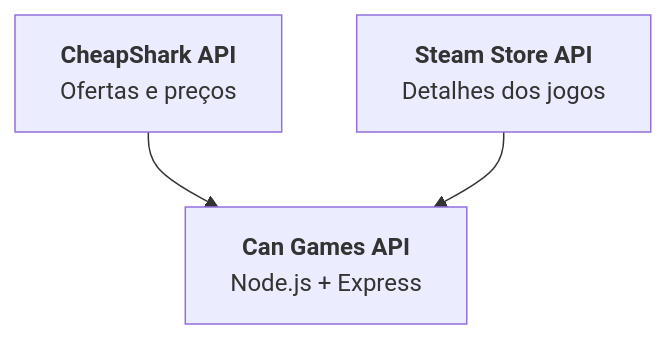
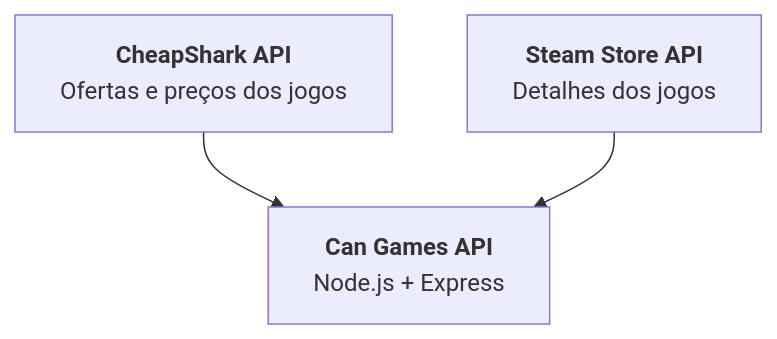
One commit to Ana72Lu/can-api changed the diagram in README.md. Above: the diagram before and after it, drawn with Mermaid.

````diff
--- a/README.md
+++ b/README.md
@@ -63,5 +63,5 @@
 ```mermaid
 graph TD
-    CS["<b>CheapShark API</b><br/>Ofertas e preços"] --> API["<b>Can Games API</b><br/>Node.js + Express"]
+    CS["<b>CheapShark API</b><br/>Ofertas e preços dos jogos"] --> API["<b>Can Games API</b><br/>Node.js + Express"]
     SS["<b>Steam Store API</b><br/>Detalhes dos jogos"] --> API
 ```
````
